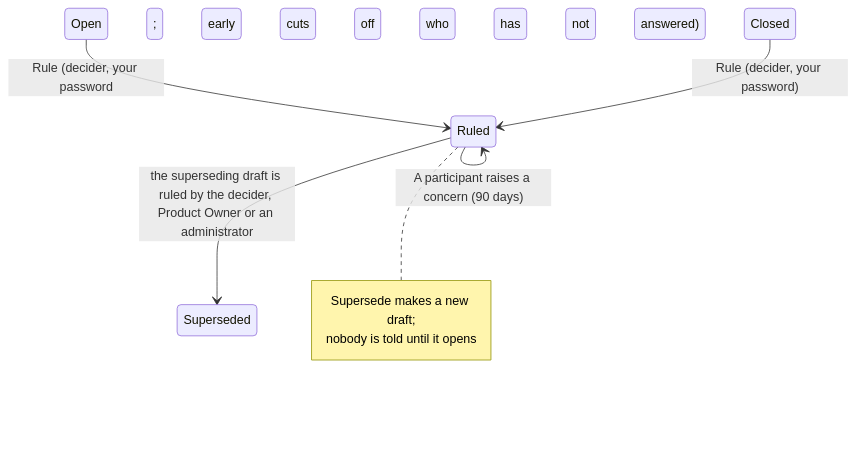
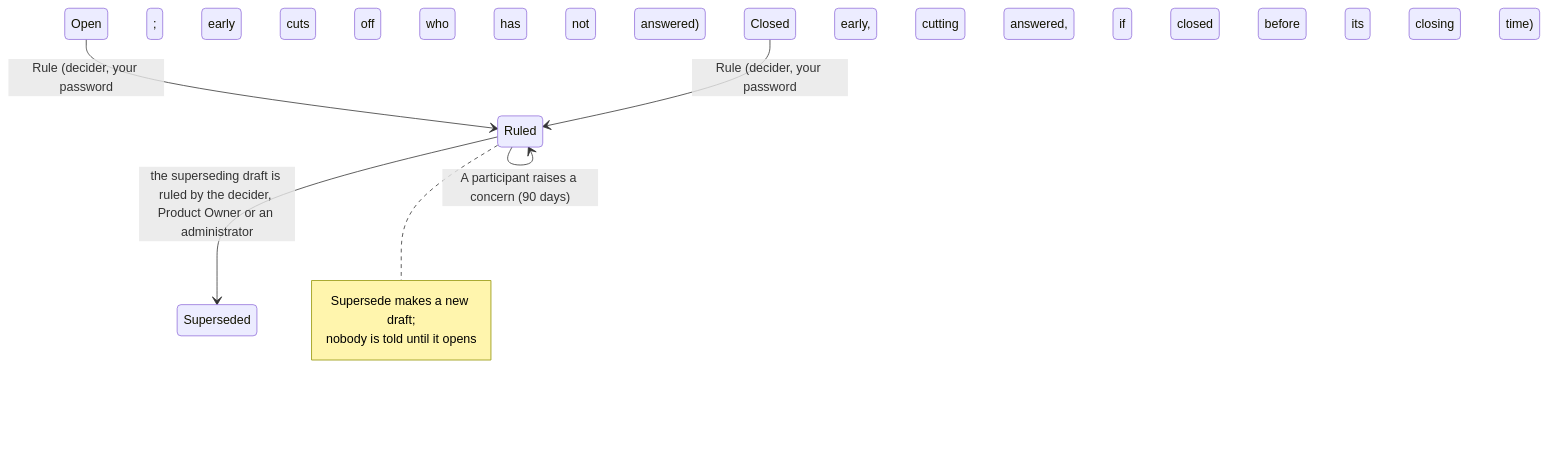
Before and after one commit to gitBoon/DumpFire: diagram 12 of 19 in docs/feature-overview.md, drawn with Mermaid. The commit also changed other lines of this file and 13 other files, not shown here.

````diff
--- a/docs/feature-overview.md
+++ b/docs/feature-overview.md
@@ -386,12 +386,12 @@
 ```mermaid
 stateDiagram-v2
     Open --> Ruled: Rule (decider, your password; early cuts off who has not answered)
-    Closed --> Ruled: Rule (decider, your password)
+    Closed --> Ruled: Rule (decider, your password; early, cutting off who has not answered, if closed before its closing time)
     Ruled --> Ruled: Release results (decider, your password, one way)
     Ruled --> Ruled: A participant raises a concern (90 days)
     Ruled --> Superseded: the superseding draft is ruled by the decider, Product Owner or an administrator
     note right of Ruled
         Supersede makes a new draft;
         nobody is told until it opens
     end note
 ```
````
